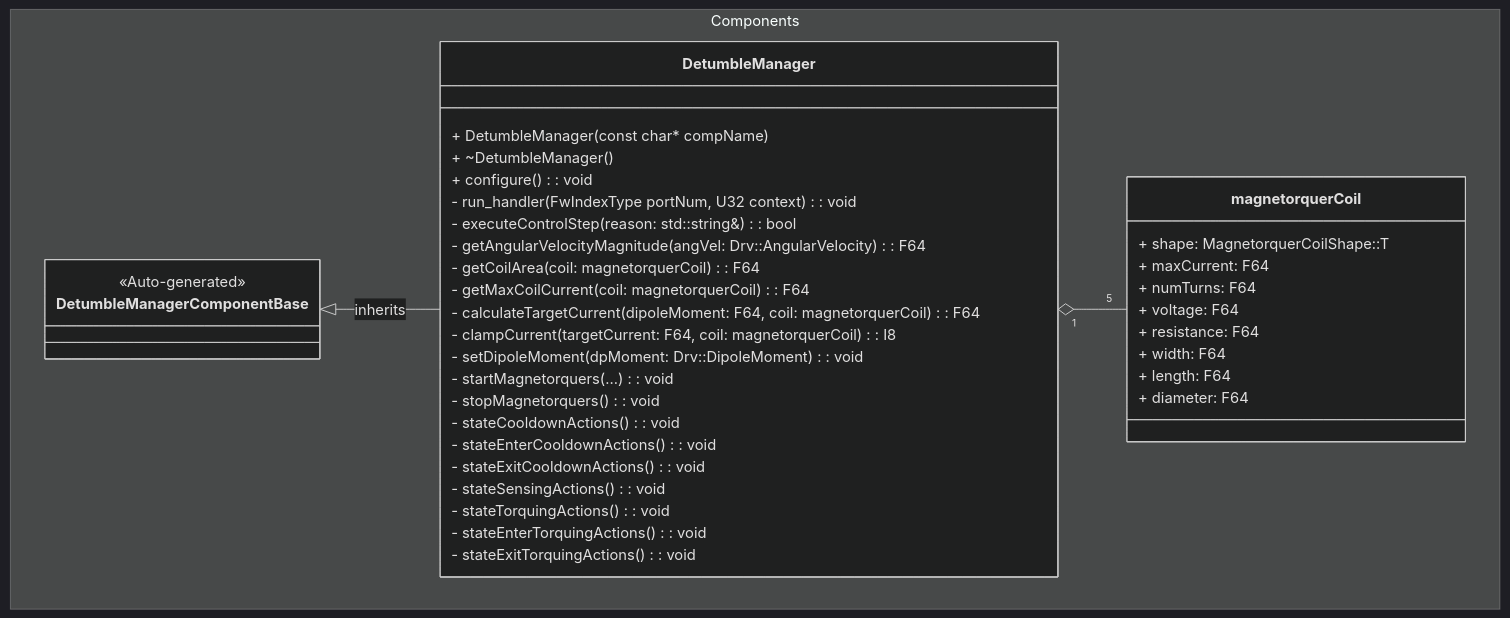
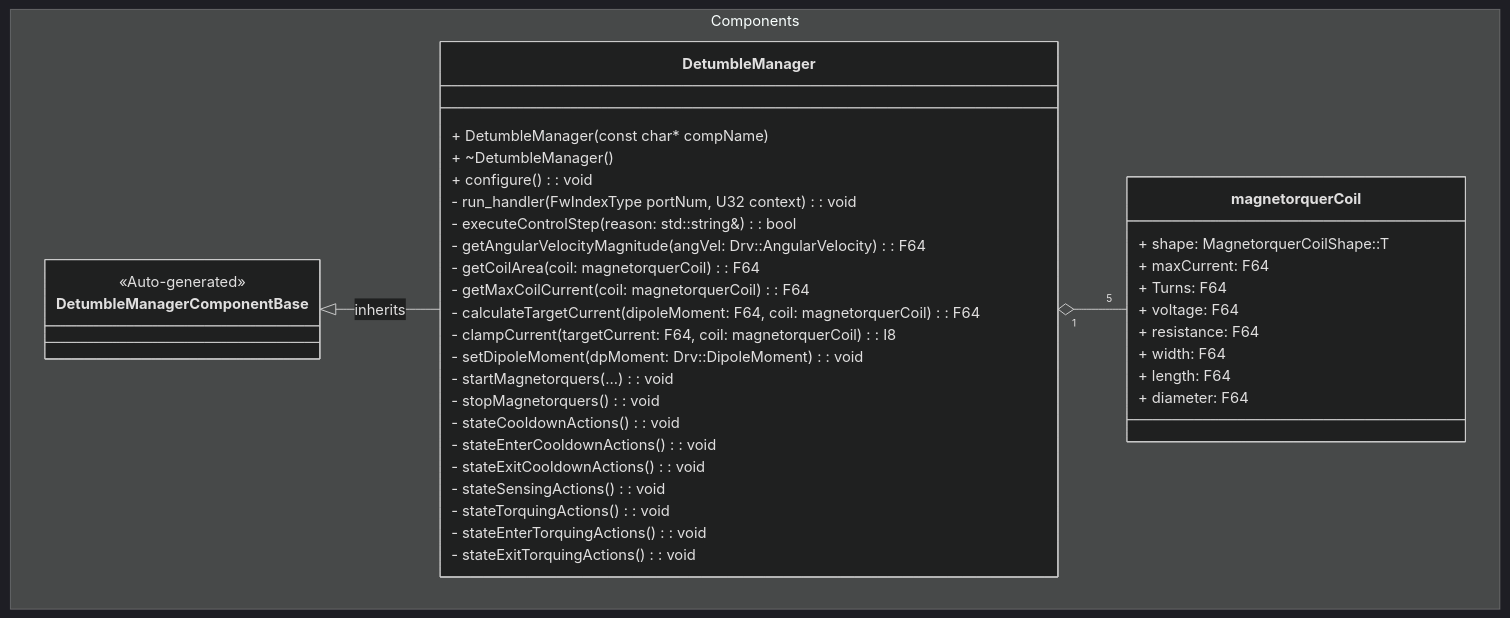
Before and after one commit to Open-Source-Space-Foundation/proves-core-reference: the first of 2 diagrams in FprimeZephyrReference/Components/DetumbleManager/docs/sdd.md, drawn with Mermaid (dark theme). The commit also changed 10 other files, not shown here.

````diff
--- a/FprimeZephyrReference/Components/DetumbleManager/docs/sdd.md
+++ b/FprimeZephyrReference/Components/DetumbleManager/docs/sdd.md
@@ -29,44 +29,44 @@
 ```mermaid
 classDiagram
     namespace Components {
         class DetumbleManagerComponentBase {
             <<Auto-generated>>
         }
         class DetumbleManager {
             + DetumbleManager(const char* compName)
             + ~DetumbleManager()
             + configure(): void
             - run_handler(FwIndexType portNum, U32 context): void
             - executeControlStep(reason: std::string&): bool
             - getAngularVelocityMagnitude(angVel: Drv::AngularVelocity): F64
             - getCoilArea(coil: magnetorquerCoil): F64
             - getMaxCoilCurrent(coil: magnetorquerCoil): F64
             - calculateTargetCurrent(dipoleMoment: F64, coil: magnetorquerCoil): F64
             - clampCurrent(targetCurrent: F64, coil: magnetorquerCoil): I8
             - setDipoleMoment(dpMoment: Drv::DipoleMoment): void
             - startMagnetorquers(...): void
             - stopMagnetorquers(): void
             - stateCooldownActions(): void
             - stateEnterCooldownActions(): void
             - stateExitCooldownActions(): void
             - stateSensingActions(): void
             - stateTorquingActions(): void
             - stateEnterTorquingActions(): void
             - stateExitTorquingActions(): void
         }
 
         class magnetorquerCoil {
             + shape: MagnetorquerCoilShape::T
             + maxCurrent: F64
-            + numTurns: F64
+            + Turns: F64
             + voltage: F64
             + resistance: F64
             + width: F64
             + length: F64
             + diameter: F64
         }
     }
 
     DetumbleManagerComponentBase <|-- DetumbleManager : inherits
     DetumbleManager "1" o-- "5" magnetorquerCoil
 ```
````
